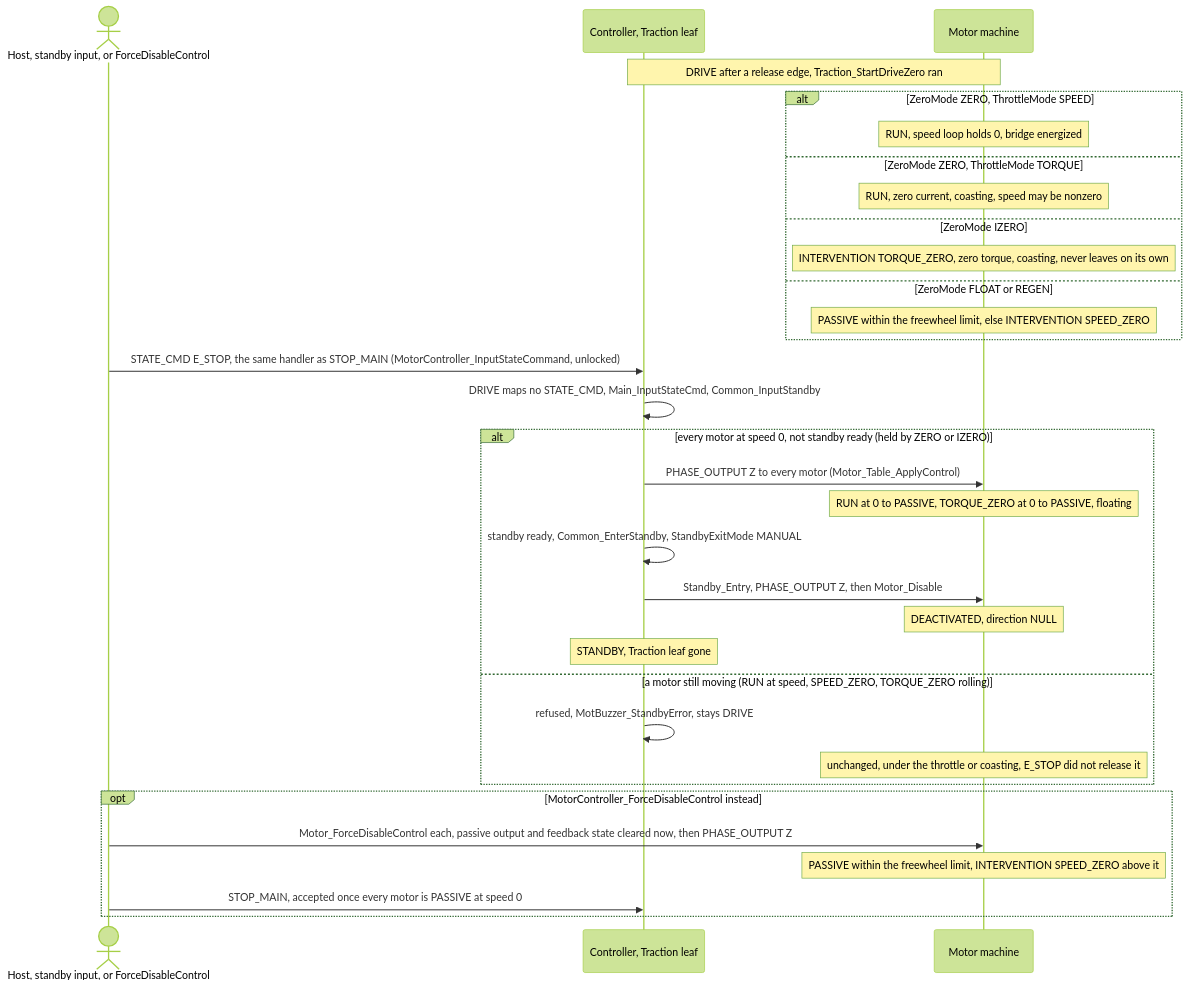
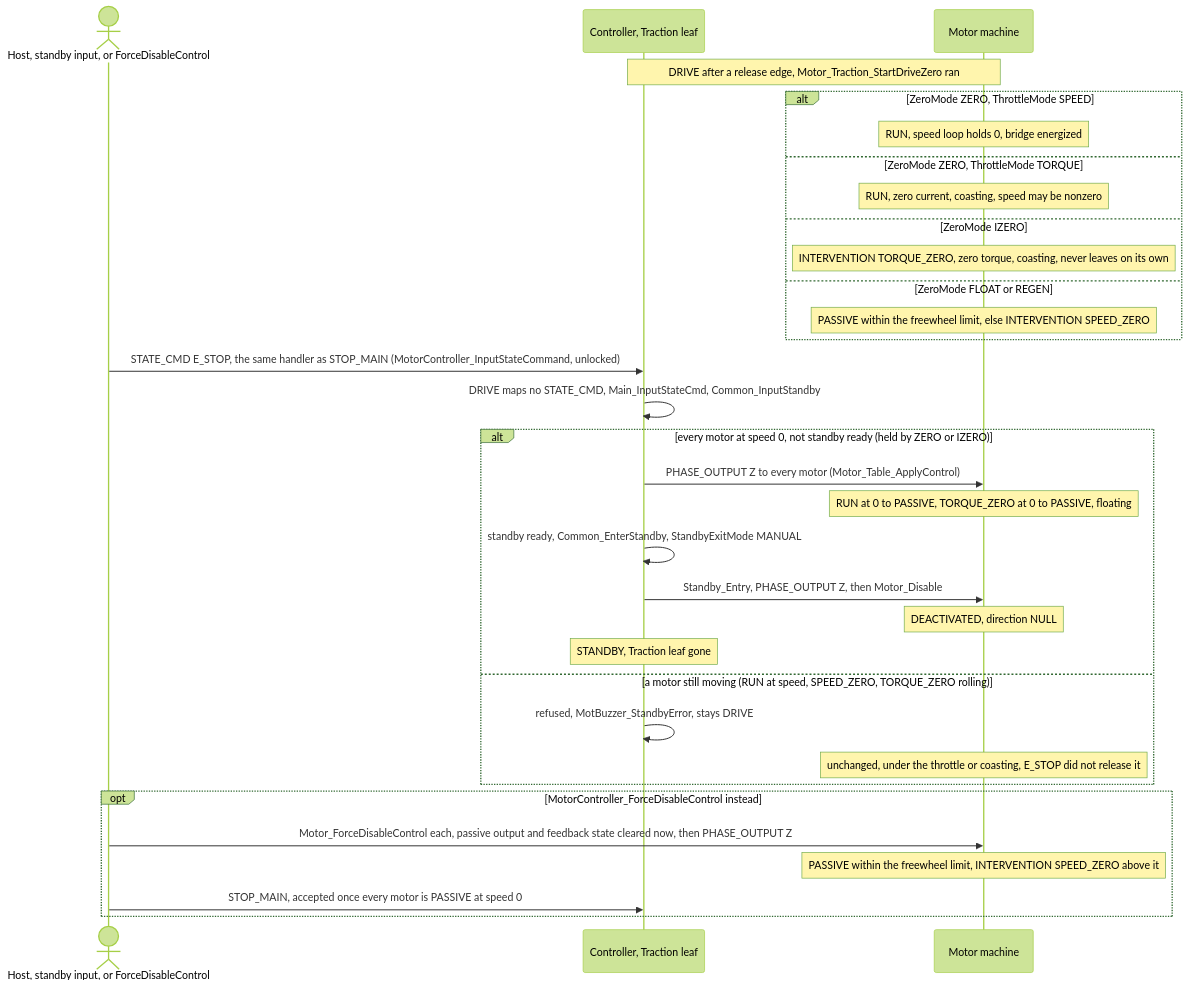
The fifth of 6 diagrams in Motor/MotorController/Traction/MotorController_Traction.md (FireSourcery/FireSourcery_Library), drawn with Mermaid (forest theme) before and after one commit. The commit also changed other lines of this file and 9 other files, not shown here.

````diff
--- a/Motor/MotorController/Traction/MotorController_Traction.md
+++ b/Motor/MotorController/Traction/MotorController_Traction.md
@@ -224,34 +226,34 @@
 ```mermaid
 sequenceDiagram
     actor U as Host, standby input, or ForceDisableControl
     participant C as Controller, Traction leaf
     participant M as Motor machine
-    Note over C,M: DRIVE after a release edge, Traction_StartDriveZero ran
+    Note over C,M: DRIVE after a release edge, Motor_Traction_StartDriveZero ran
     alt ZeroMode ZERO, ThrottleMode SPEED
         Note over M: RUN, speed loop holds 0, bridge energized
     else ZeroMode ZERO, ThrottleMode TORQUE
         Note over M: RUN, zero current, coasting, speed may be nonzero
     else ZeroMode IZERO
         Note over M: INTERVENTION TORQUE_ZERO, zero torque, coasting, never leaves on its own
     else ZeroMode FLOAT or REGEN
         Note over M: PASSIVE within the freewheel limit, else INTERVENTION SPEED_ZERO
     end
     U->>C: STATE_CMD E_STOP, the same handler as STOP_MAIN (MotorController_InputStateCommand, unlocked)
     C->>C: DRIVE maps no STATE_CMD, Main_InputStateCmd, Common_InputStandby
     alt every motor at speed 0, not standby ready (held by ZERO or IZERO)
         C->>M: PHASE_OUTPUT Z to every motor (Motor_Table_ApplyControl)
         Note over M: RUN at 0 to PASSIVE, TORQUE_ZERO at 0 to PASSIVE, floating
         C->>C: standby ready, Common_EnterStandby, StandbyExitMode MANUAL
         C->>M: Standby_Entry, PHASE_OUTPUT Z, then Motor_Disable
         Note over M: DEACTIVATED, direction NULL
         Note over C: STANDBY, Traction leaf gone
     else a motor still moving (RUN at speed, SPEED_ZERO, TORQUE_ZERO rolling)
         C->>C: refused, MotBuzzer_StandbyError, stays DRIVE
         Note over M: unchanged, under the throttle or coasting, E_STOP did not release it
     end
     opt MotorController_ForceDisableControl instead
         U->>M: Motor_ForceDisableControl each, passive output and feedback state cleared now, then PHASE_OUTPUT Z
         Note over M: PASSIVE within the freewheel limit, INTERVENTION SPEED_ZERO above it
         U->>C: STOP_MAIN, accepted once every motor is PASSIVE at speed 0
     end
 ```
````
